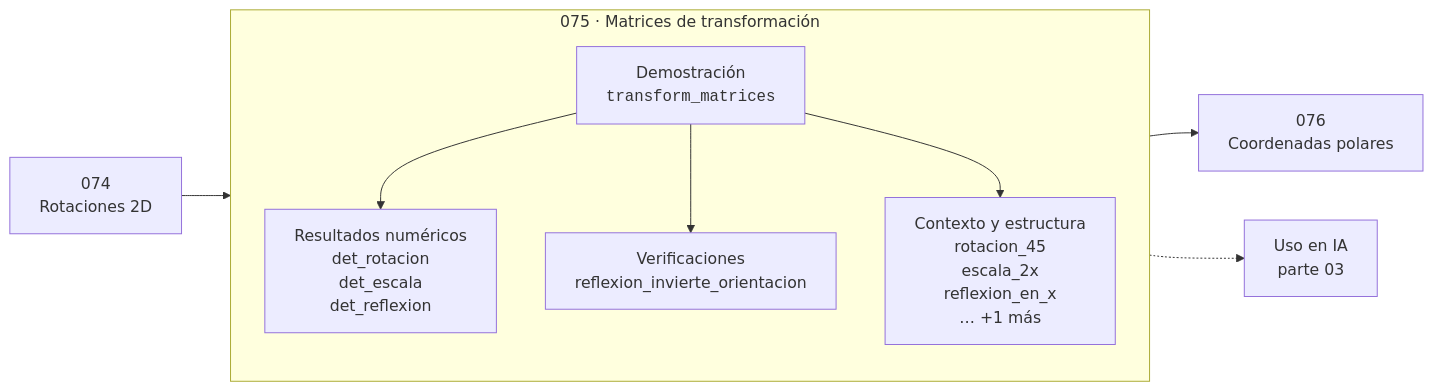
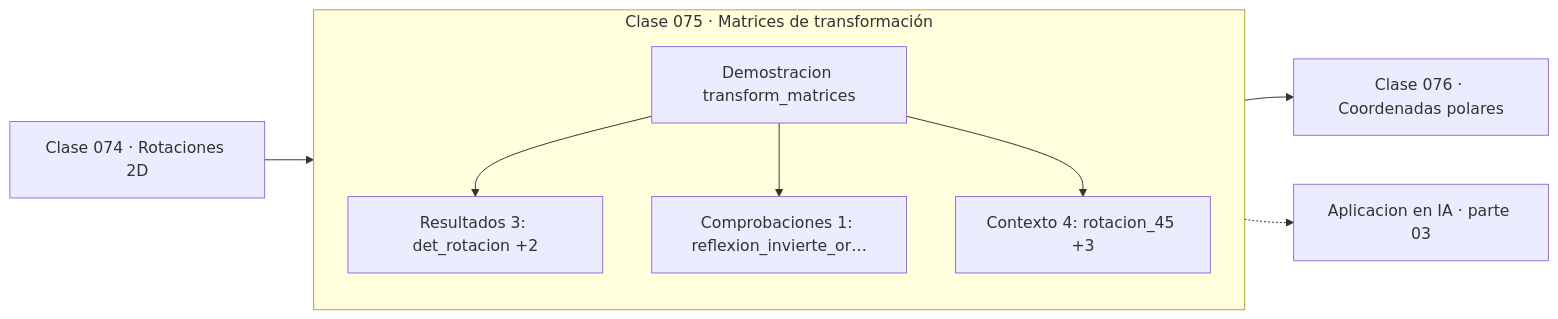
The diagram in classes/part-03-geometria-trigonometria-y-geometria-analitica/075-matrices-de-transformacion/README.md (vladimiracunadev-create/computational-mathematics-program), drawn with Mermaid before and after one commit. The commit also changed 389 other files, not shown here.

First line of the commit message:
fix(diagramas): elimina el HTML de las etiquetas Mermaid

````diff
--- a/classes/part-03-geometria-trigonometria-y-geometria-analitica/075-matrices-de-transformacion/README.md
+++ b/classes/part-03-geometria-trigonometria-y-geometria-analitica/075-matrices-de-transformacion/README.md
@@ -35,12 +35,13 @@
 ```mermaid
 flowchart LR
-    P["074<br/>Rotaciones 2D"] --> C
-    subgraph C["075 · Matrices de transformación"]
+    P["Clase 074 · Rotaciones 2D"] --> D
+    subgraph CLASE["Clase 075 · Matrices de transformación"]
         direction TB
-        D["Demostración<br/><code>transform_matrices</code>"] --> R["Resultados numéricos<br/>det_rotacion<br/>det_escala<br/>det_reflexion"]
-        D --> V["Verificaciones<br/>reflexion_invierte_orientacion"]
-        D --> O["Contexto y estructura<br/>rotacion_45<br/>escala_2x<br/>reflexion_en_x<br/>… +1 más"]
+        D["Demostracion transform_matrices"]
+        D --> R["Resultados 3: det_rotacion +2"]
+        D --> V["Comprobaciones 1: reflexion_invierte_or…"]
+        D --> O["Contexto 4: rotacion_45 +3"]
     end
-    C --> N["076<br/>Coordenadas polares"]
-    C -.-> IA["Uso en IA<br/>parte 03"]
+    R --> N["Clase 076 · Coordenadas polares"]
+    V -.-> IA["Aplicacion en IA · parte 03"]
 ```
````
